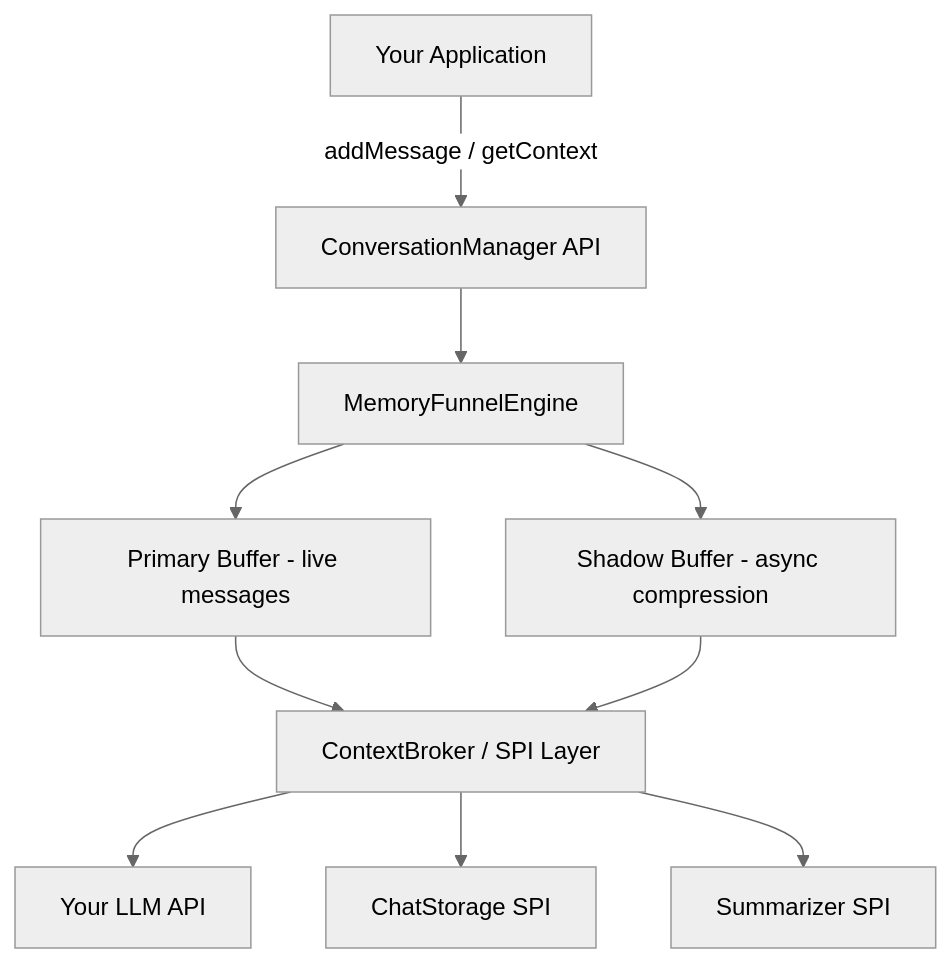
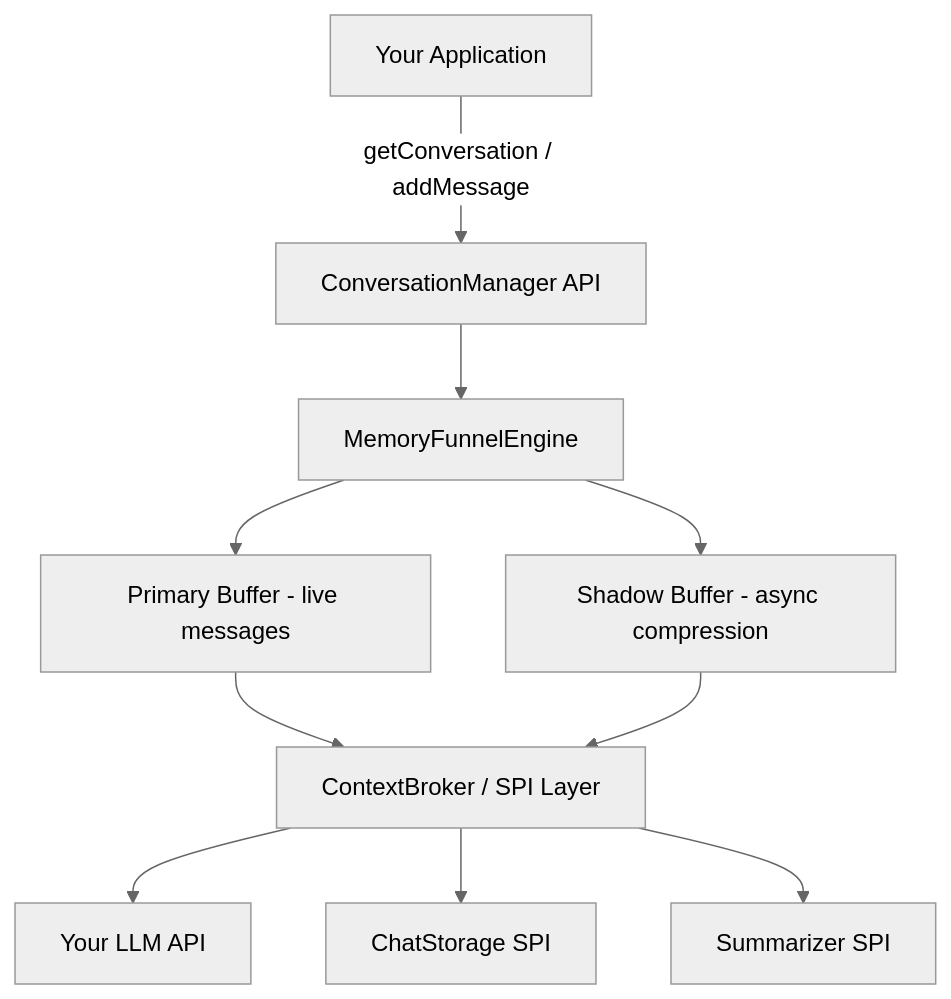
Before and after one commit to zheli001/lumi_conversation_manager: the diagram in README.md, drawn with Mermaid (neutral theme). The commit also changed other lines of this file and 2 other files, not shown here.

First line of the commit message:
Refactor: ConversationManager as factory, Conversation as mutable handle

````diff
--- a/README.md
+++ b/README.md
@@ -59,12 +59,12 @@
 ```mermaid
 graph TD
-    App[Your Application] -->|addMessage / getContext| API[ConversationManager API]
+    App[Your Application] -->|getConversation / addMessage| API[ConversationManager API]
     API --> Engine[MemoryFunnelEngine]
     Engine --> Primary[Primary Buffer - live messages]
     Engine --> Shadow[Shadow Buffer - async compression]
     Primary --> Broker[ContextBroker / SPI Layer]
     Shadow --> Broker
     Broker --> LLM[Your LLM API]
     Broker --> Storage[ChatStorage SPI]
     Broker --> Summarizer[Summarizer SPI]
 ```
````
